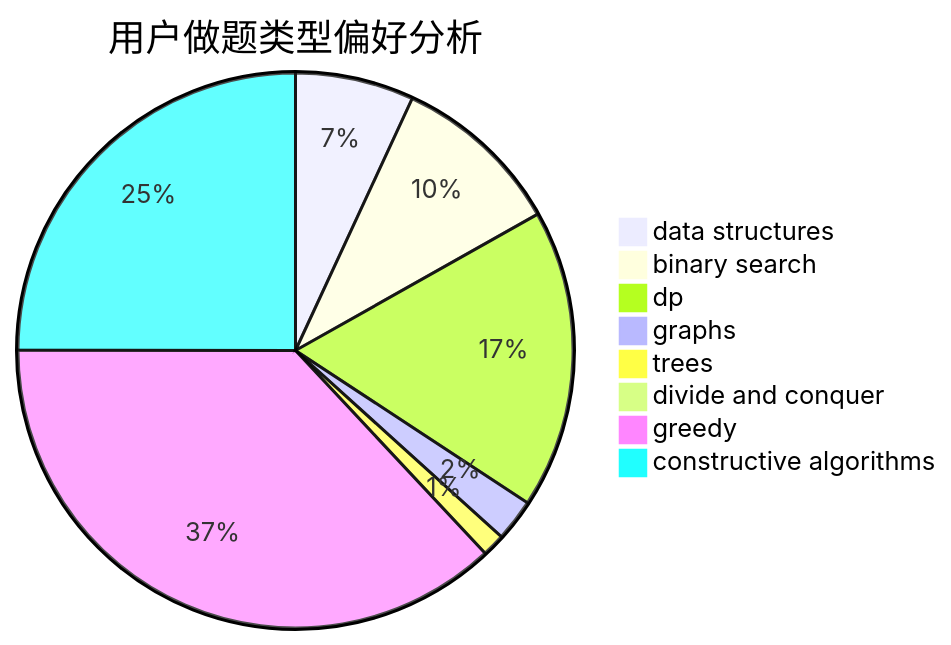
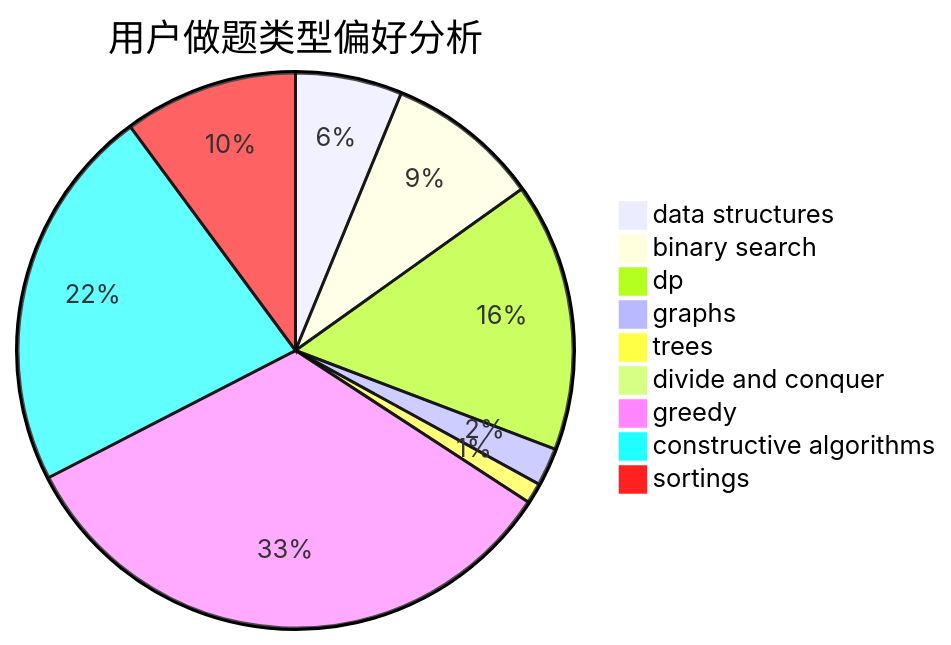
Before and after one commit to sherpahu/cfrs.github.io: the second of 3 diagrams in docs/user/u1909.md, drawn with Mermaid. The commit also changed other lines of this file and 2769 other files, not shown here.

````diff
--- a/docs/user/u1909.md
+++ b/docs/user/u1909.md
@@ -23,11 +18,12 @@
 ```mermaid
 pie title 用户做题类型偏好分析
     "data structures" :  73
     "binary search" :  105
     "dp" :  184
     "graphs" :  26
     "trees" :  14
     "divide and conquer" :  0
     "greedy" :  391
     "constructive algorithms" :  264
+    "sortings" :  119
 ```
````
